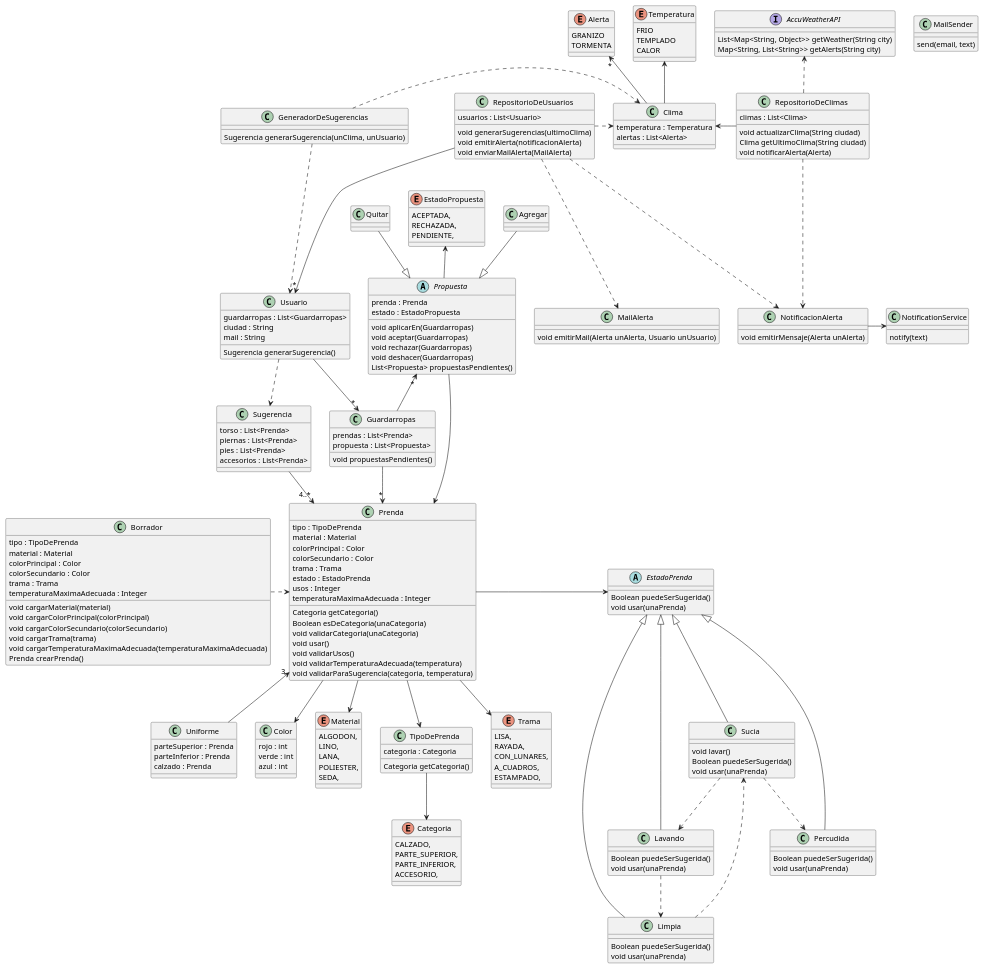
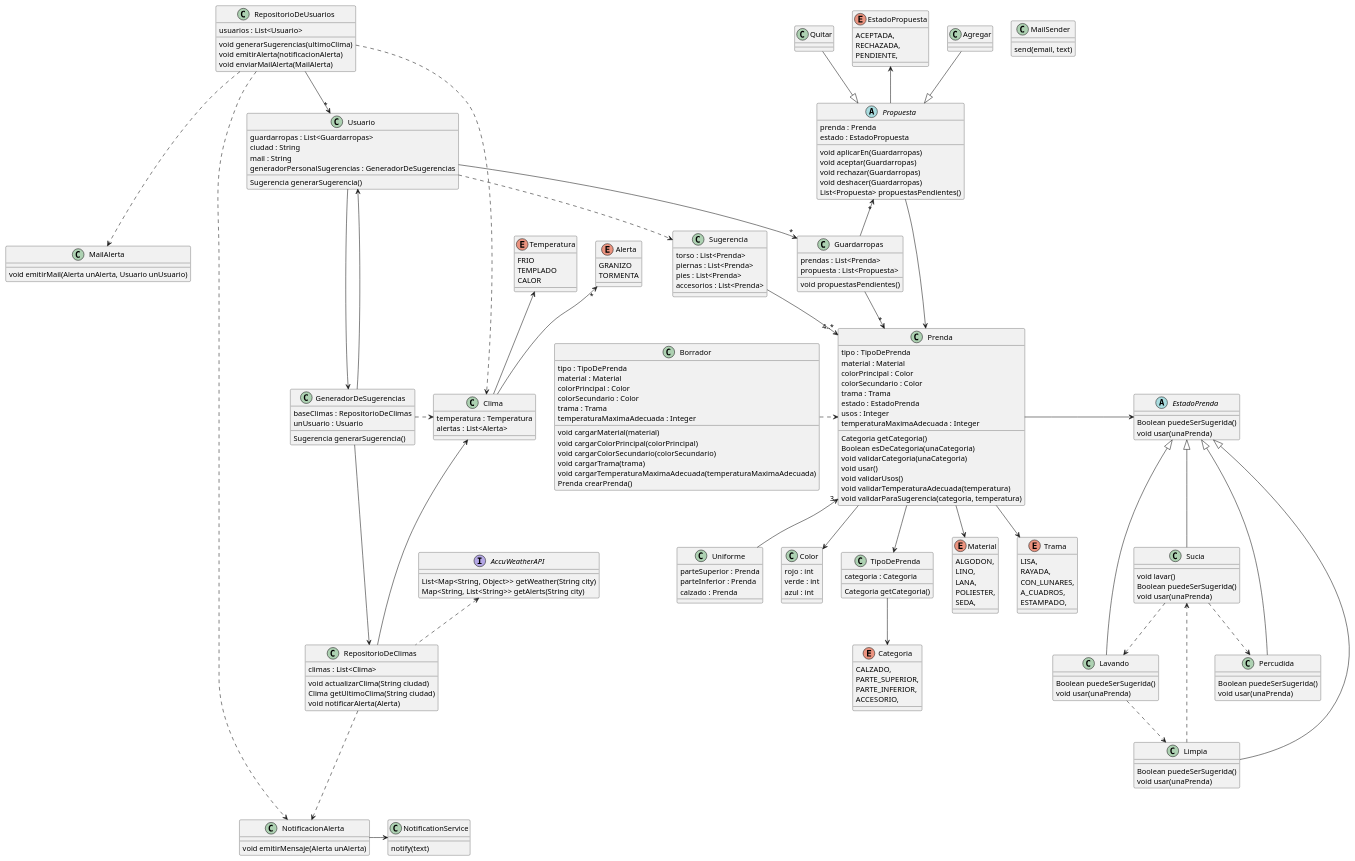
The diagram in diagrama.puml (mbeorlegui/que-me-pongo), drawn with PlantUML before and after one commit.

```diff
--- a/diagrama.puml
+++ b/diagrama.puml
@@ -165,6 +165,7 @@
   guardarropas : List<Guardarropas>
   ciudad : String
   mail : String
+  generadorPersonalSugerencias : GeneradorDeSugerencias
   Sugerencia generarSugerencia()
 }
 
@@ -195,6 +196,7 @@
 Guardarropas -up-> "*" Propuesta
 Propuesta -up-> EstadoPropuesta
 Propuesta --> Prenda
+Usuario ---> GeneradorDeSugerencias
 
 Agregar --|> Propuesta
 Quitar --|> Propuesta
@@ -241,15 +243,18 @@
 }
 
 class GeneradorDeSugerencias {
-  Sugerencia generarSugerencia(unClima, unUsuario)
+  baseClimas : RepositorioDeClimas
+  unUsuario : Usuario
+  Sugerencia generarSugerencia()
 }
 
 Clima -up-> "*" Alerta
 Clima -up-> Temperatura
 RepositorioDeClimas -left-> Clima
 ' RepositorioDeClimas ...> RepositorioDeUsuarios
-GeneradorDeSugerencias ...> Usuario
+GeneradorDeSugerencias -down-> Usuario
 ' Usuario ..> GeneradorDeSugerencias
+GeneradorDeSugerencias ---> RepositorioDeClimas
 
 Usuario ..> Sugerencia
 
```
